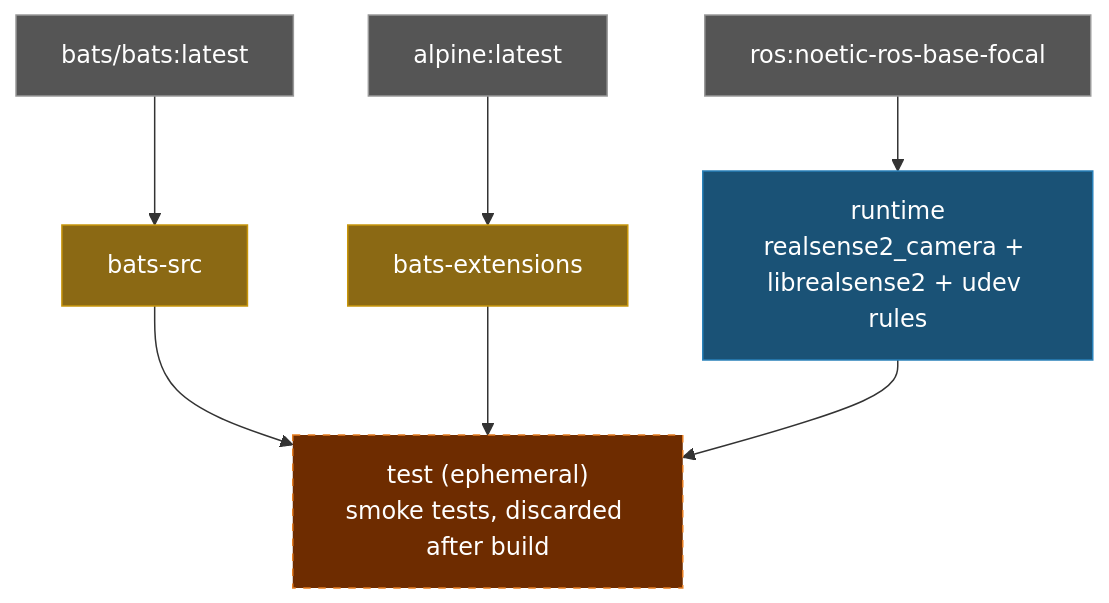
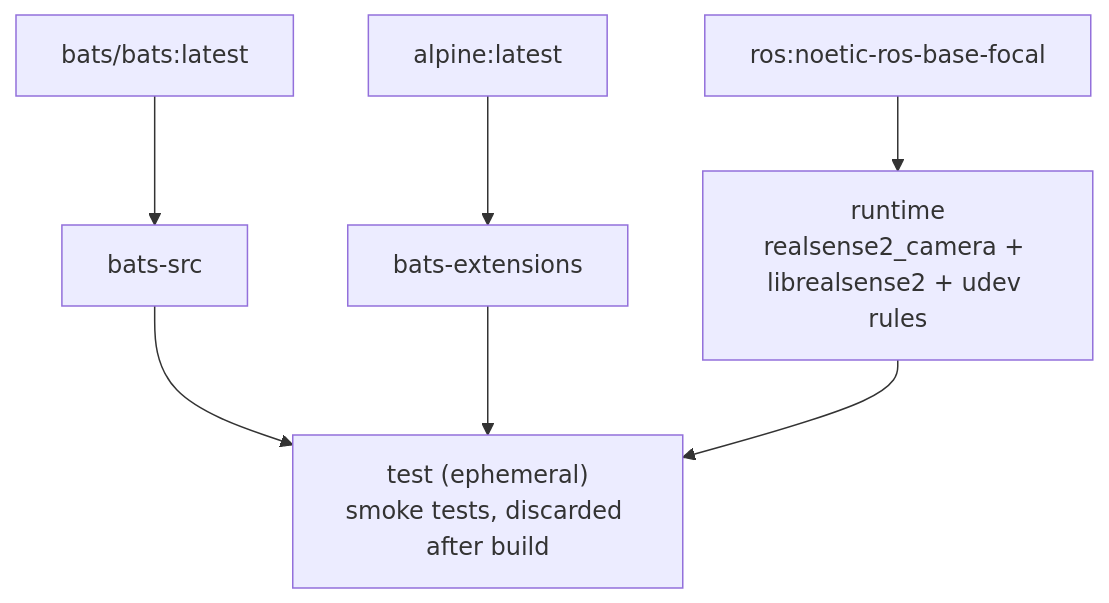
The diagram in README.md (ycpss91255-docker/realsense_noetic), drawn with Mermaid before and after one commit. The commit also changed 3 other files, not shown here.

Commit message:
docs: remove mermaid background colors from architecture diagrams (#15)

````diff
--- a/README.md
+++ b/README.md
@@ -88,20 +88,16 @@
 ```mermaid
 graph TD
-    EXT1["bats/bats:latest"]:::external
-    EXT2["alpine:latest"]:::external
-    EXT3["ros:noetic-ros-base-focal"]:::external
+    EXT1["bats/bats:latest"]
+    EXT2["alpine:latest"]
+    EXT3["ros:noetic-ros-base-focal"]
 
-    EXT1 --> bats-src["bats-src"]:::tool
-    EXT2 --> bats-ext["bats-extensions"]:::tool
+    EXT1 --> bats-src["bats-src"]
+    EXT2 --> bats-ext["bats-extensions"]
 
-    EXT3 --> runtime["runtime\nrealsense2_camera + librealsense2 + udev rules"]:::stage
+    EXT3 --> runtime["runtime\nrealsense2_camera + librealsense2 + udev rules"]
 
-    bats-src --> test["test (ephemeral)\nsmoke tests, discarded after build"]:::ephemeral
+    bats-src --> test["test (ephemeral)\nsmoke tests, discarded after build"]
     bats-ext --> test
     runtime --> test
 
-    classDef external fill:#555,color:#fff,stroke:#999
-    classDef tool fill:#8B6914,color:#fff,stroke:#c8960c
-    classDef stage fill:#1a5276,color:#fff,stroke:#2980b9
-    classDef ephemeral fill:#6e2c00,color:#fff,stroke:#e67e22,stroke-dasharray:5 5
 ```
````
